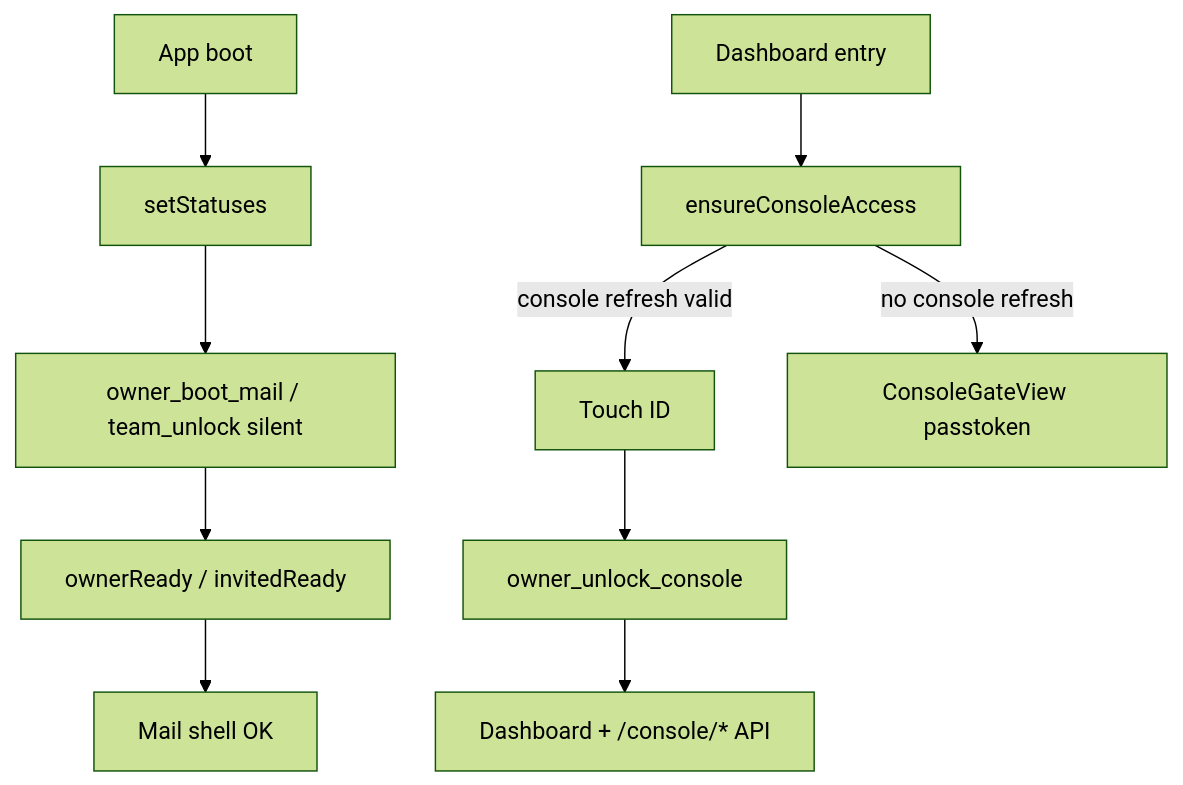
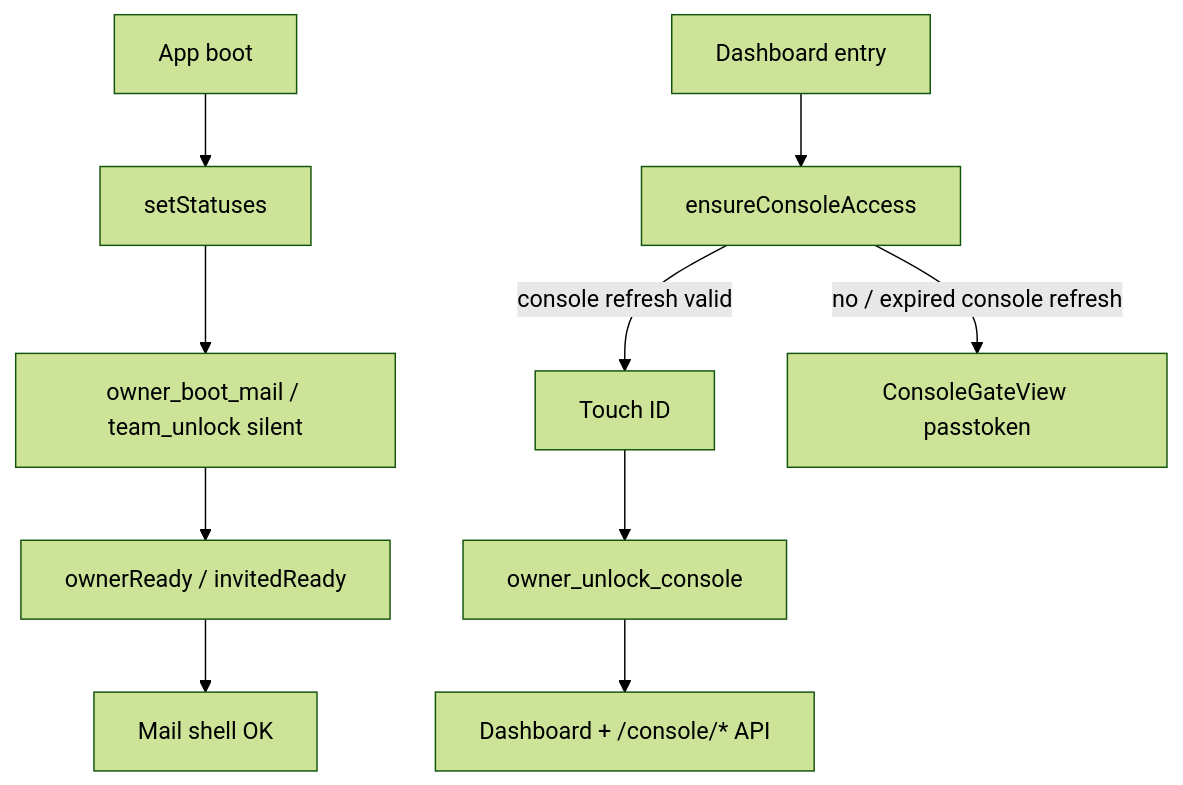
The second of 2 diagrams in docs/authentication.md (gssisaac/relaybase), drawn with Mermaid (forest theme) before and after one commit. The commit also changed other lines of this file and 11 other files, not shown here.

````diff
--- a/docs/authentication.md
+++ b/docs/authentication.md
@@ -120,13 +120,13 @@
 ```mermaid
 flowchart TB
   Boot[App boot] --> Status[setStatuses]
   Status --> MailBoot[owner_boot_mail / team_unlock silent]
   MailBoot --> MailReady[ownerReady / invitedReady]
   MailReady --> MailRoutes[Mail shell OK]
 
   DashEntry[Dashboard entry] --> Ensure[ensureConsoleAccess]
   Ensure -->|console refresh valid| Bio[Touch ID]
   Bio --> ConsoleUnlock[owner_unlock_console]
   ConsoleUnlock --> DashReady[Dashboard + /console/* API]
-  Ensure -->|no console refresh| Passtoken[ConsoleGateView passtoken]
+  Ensure -->|no / expired console refresh| Passtoken[ConsoleGateView passtoken]
 ```
````
